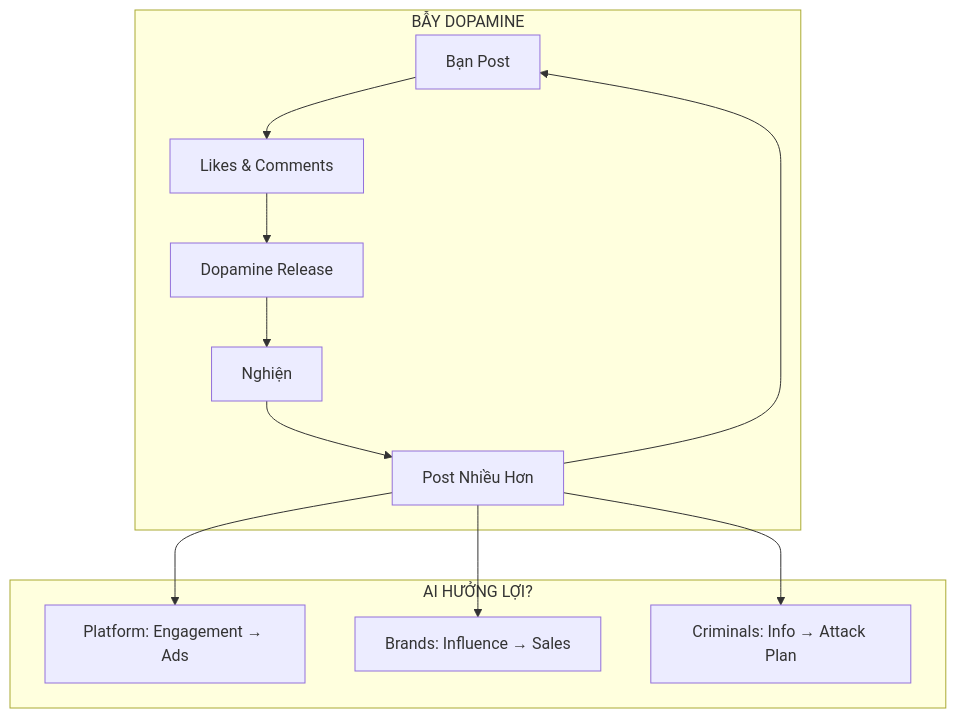
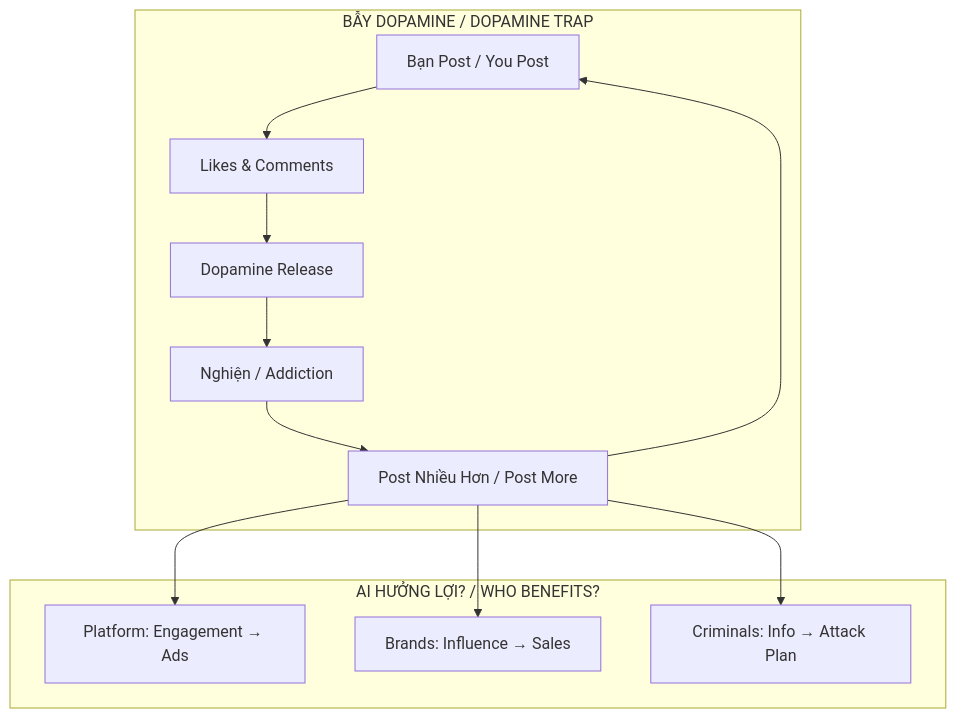
Before and after one commit to dyukahi/knowledge: the third of 4 diagrams in mental-models/Privacy Is The New Wealth.md, drawn with Mermaid. The commit also changed other lines of this file and 3 other files, not shown here.

````diff
--- a/mental-models/Privacy Is The New Wealth.md
+++ b/mental-models/Privacy Is The New Wealth.md
@@ -151,16 +176,16 @@
 ```mermaid
 flowchart TD
-    subgraph "BẪY DOPAMINE"
-        A[Bạn Post] --> B[Likes & Comments]
+    subgraph "BẪY DOPAMINE / DOPAMINE TRAP"
+        A[Bạn Post / You Post] --> B[Likes & Comments]
         B --> C[Dopamine Release]
-        C --> D[Nghiện]
-        D --> E[Post Nhiều Hơn]
+        C --> D[Nghiện / Addiction]
+        D --> E[Post Nhiều Hơn / Post More]
         E --> A
     end
     
-    subgraph "AI HƯỞNG LỢI?"
+    subgraph "AI HƯỞNG LỢI? / WHO BENEFITS?"
         E --> F[Platform: Engagement → Ads]
         E --> G[Brands: Influence → Sales]
         E --> H[Criminals: Info → Attack Plan]
     end
 ```
````
